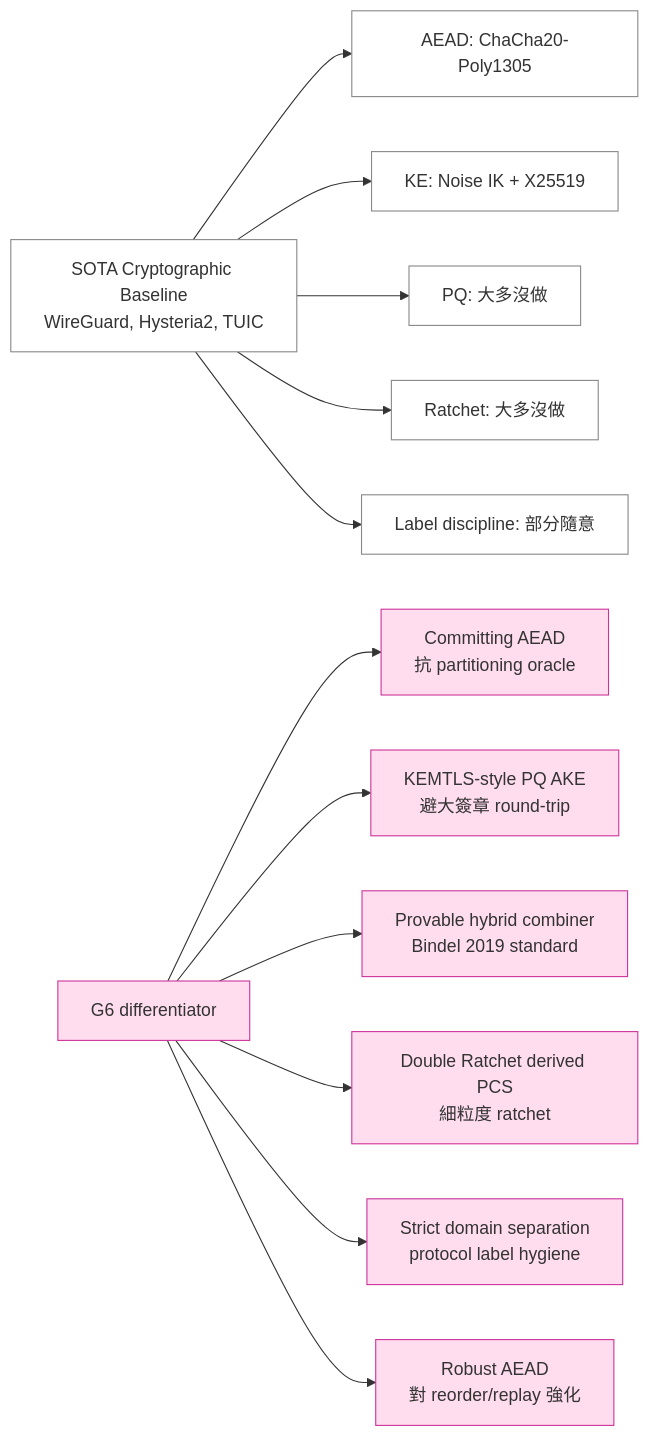
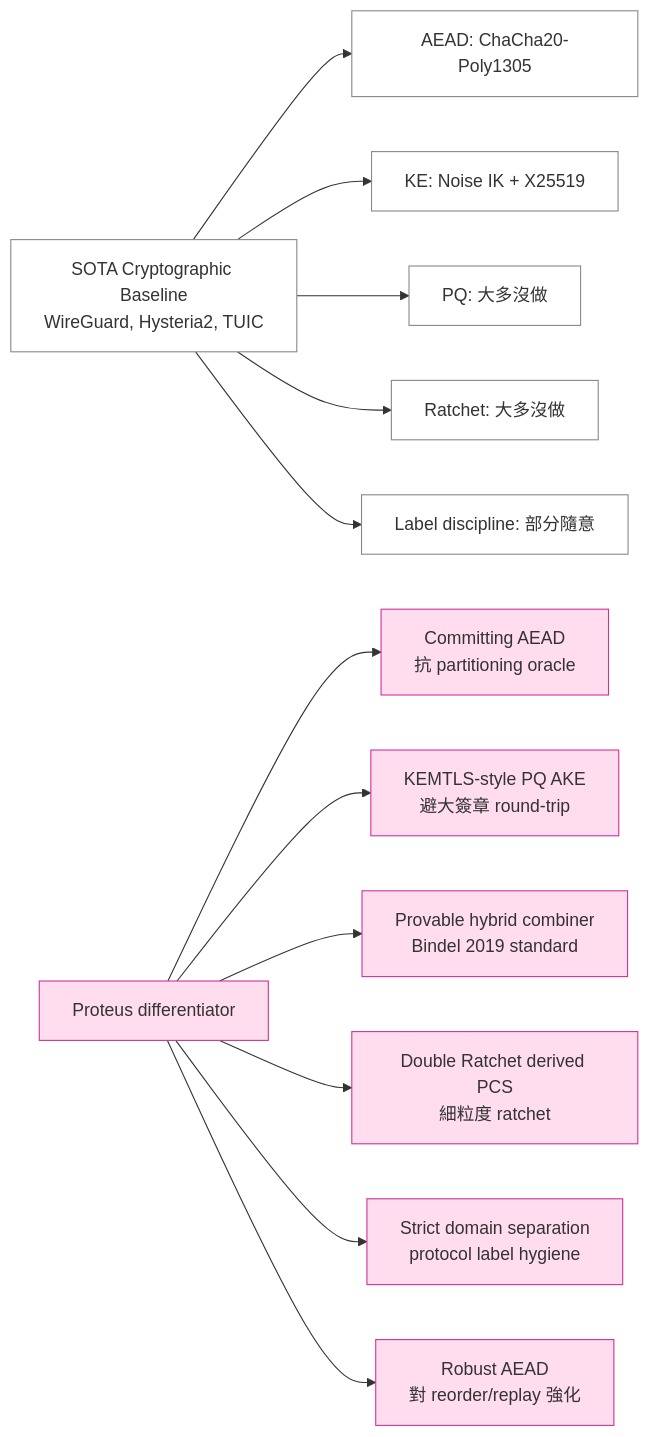
The first of 6 diagrams in lessons/part-3-cryptography/3.17-advanced-frontiers.md (Icarus603/network-from-scratch), drawn with Mermaid before and after one commit. The commit also changed other lines of this file and 300 other files, not shown here.

````diff
--- a/lessons/part-3-cryptography/3.17-advanced-frontiers.md
+++ b/lessons/part-3-cryptography/3.17-advanced-frontiers.md
@@ -35,21 +35,21 @@
 ```mermaid
 flowchart LR
     classDef chosen fill:#cfc,stroke:#080
     classDef adv fill:#fde,stroke:#c39
     classDef matchsota fill:#fff,stroke:#888
 
     SOTA[SOTA Cryptographic Baseline<br/>WireGuard, Hysteria2, TUIC]:::matchsota
     SOTA --> AEAD_basic[AEAD: ChaCha20-Poly1305]:::matchsota
     SOTA --> KE_basic[KE: Noise IK + X25519]:::matchsota
     SOTA --> PQ_basic[PQ: 大多沒做]:::matchsota
     SOTA --> Ratchet_basic[Ratchet: 大多沒做]:::matchsota
     SOTA --> Label_basic[Label discipline: 部分隨意]:::matchsota
 
-    G6[G6 differentiator]:::adv
-    G6 --> Commit[Committing AEAD<br/>抗 partitioning oracle]:::adv
-    G6 --> KEMTLS[KEMTLS-style PQ AKE<br/>避大簽章 round-trip]:::adv
-    G6 --> Hybrid[Provable hybrid combiner<br/>Bindel 2019 standard]:::adv
-    G6 --> DR[Double Ratchet derived PCS<br/>細粒度 ratchet]:::adv
-    G6 --> DomSep[Strict domain separation<br/>protocol label hygiene]:::adv
-    G6 --> RAE[Robust AEAD<br/>對 reorder/replay 強化]:::adv
+    Proteus[Proteus differentiator]:::adv
+    Proteus --> Commit[Committing AEAD<br/>抗 partitioning oracle]:::adv
+    Proteus --> KEMTLS[KEMTLS-style PQ AKE<br/>避大簽章 round-trip]:::adv
+    Proteus --> Hybrid[Provable hybrid combiner<br/>Bindel 2019 standard]:::adv
+    Proteus --> DR[Double Ratchet derived PCS<br/>細粒度 ratchet]:::adv
+    Proteus --> DomSep[Strict domain separation<br/>protocol label hygiene]:::adv
+    Proteus --> RAE[Robust AEAD<br/>對 reorder/replay 強化]:::adv
 ```
````
